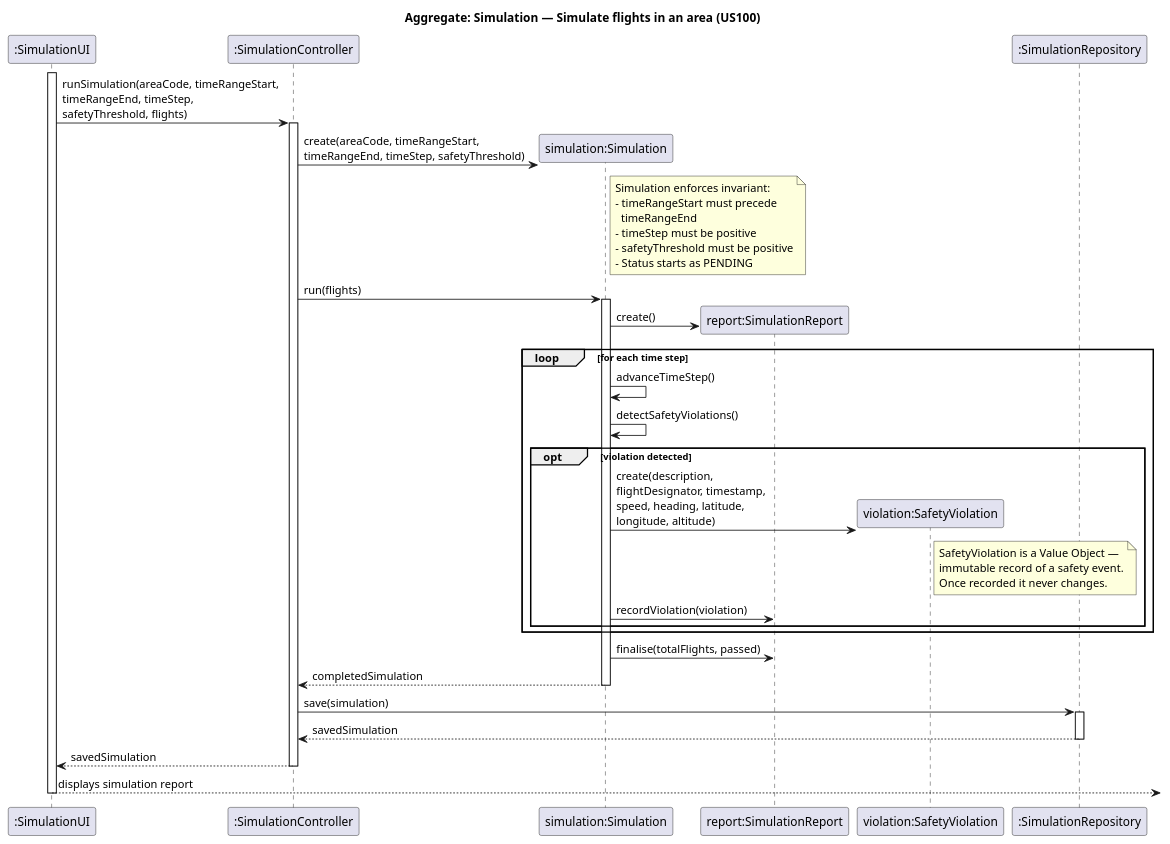
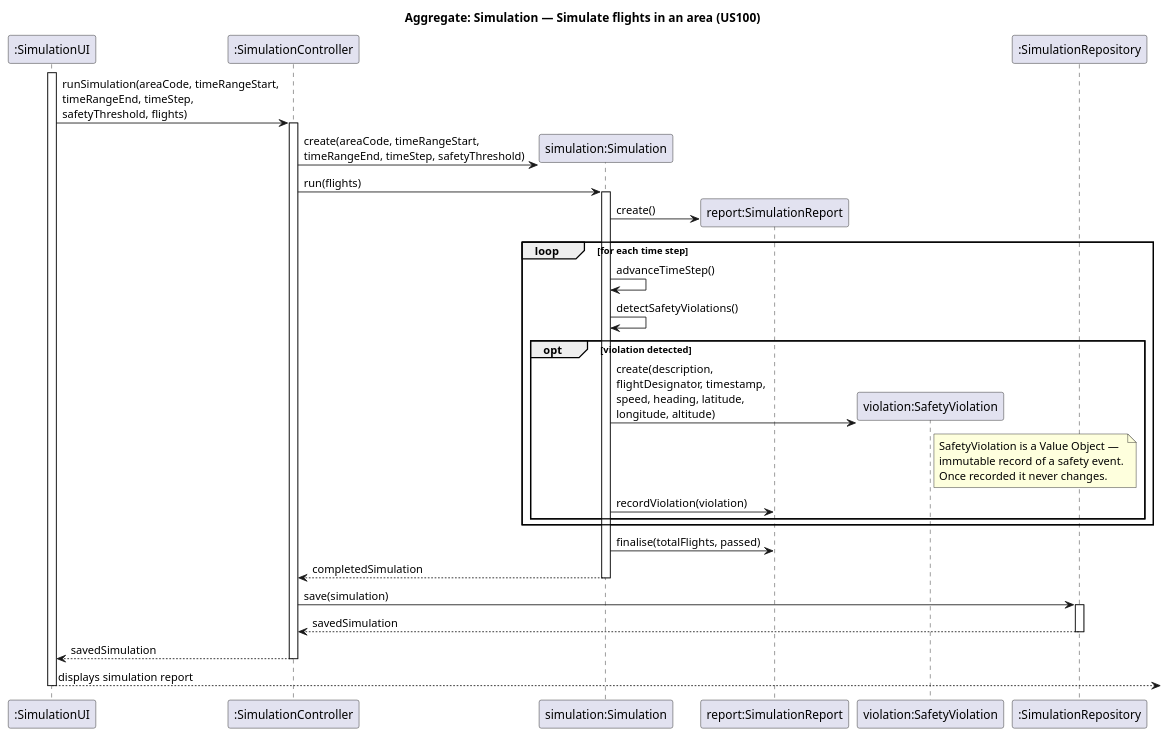
One commit to brunodspinto/aisafe changed the diagram in aisafe.base/docs/user-stories/US011/aggregate-3_10/aggregate-3_10.puml. Above: the diagram before and after it, drawn with PlantUML. The commit also changed 13 other files, not shown here.

Commit message:
remove readability notes and add new diagrams for Maker, EngineModel, and AircraftModel registration flows, #8

```diff
--- a/aisafe.base/docs/user-stories/US011/aggregate-3_10/aggregate-3_10.puml
+++ b/aisafe.base/docs/user-stories/US011/aggregate-3_10/aggregate-3_10.puml
@@ -1,59 +1,51 @@
 @startuml aggregate-3_10
 skinparam shadowing false
 
 title Aggregate: Simulation — Simulate flights in an area (US100)
 
 participant ":SimulationUI" as UI
 participant ":SimulationController" as CTRL
 participant "simulation:Simulation" as SIM
 participant "report:SimulationReport" as REPORT
 participant "violation:SafetyViolation" as VIOLATION
 participant ":SimulationRepository" as REPO
 
 activate UI
 UI -> CTRL : runSimulation(areaCode, timeRangeStart,\ntimeRangeEnd, timeStep,\nsafetyThreshold, flights)
 activate CTRL
 
 CTRL -> SIM** : create(areaCode, timeRangeStart,\ntimeRangeEnd, timeStep, safetyThreshold)
-note right of SIM
-  Simulation enforces invariant:
-  - timeRangeStart must precede
-    timeRangeEnd
-  - timeStep must be positive
-  - safetyThreshold must be positive
-  - Status starts as PENDING
-end note
 
 CTRL -> SIM : run(flights)
 activate SIM
 SIM -> REPORT** : create()
 
 loop for each time step
     SIM -> SIM : advanceTimeStep()
     SIM -> SIM : detectSafetyViolations()
     opt violation detected
         SIM -> VIOLATION** : create(description,\nflightDesignator, timestamp,\nspeed, heading, latitude,\nlongitude, altitude)
         note right of VIOLATION
           SafetyViolation is a Value Object —
           immutable record of a safety event.
           Once recorded it never changes.
         end note
         SIM -> REPORT : recordViolation(violation)
     end
 end
 
 SIM -> REPORT : finalise(totalFlights, passed)
 SIM --> CTRL : completedSimulation
 deactivate SIM
 
 CTRL -> REPO : save(simulation)
 activate REPO
 REPO --> CTRL : savedSimulation
 deactivate REPO
 
 CTRL --> UI : savedSimulation
 deactivate CTRL
 UI --> : displays simulation report
 deactivate UI
 
 @enduml
```
